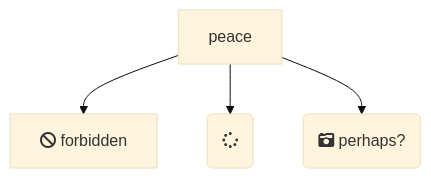
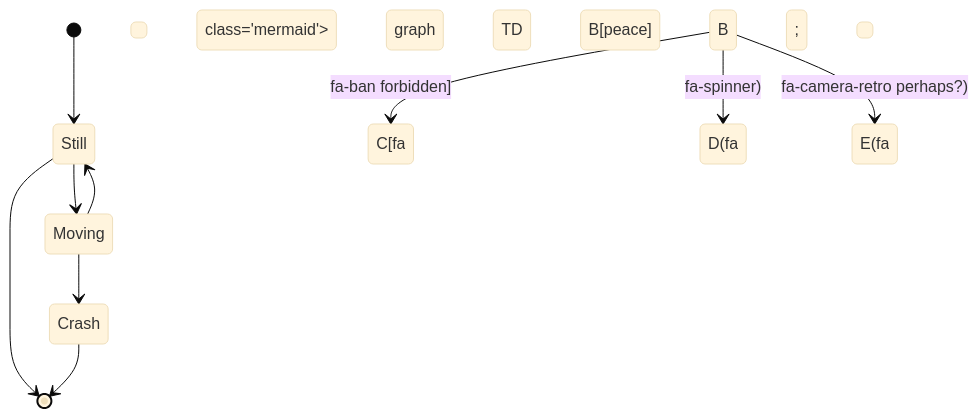
One commit to danyambuehl/ITCNE23-SEM-Ill changed the fourth of 4 diagrams in docs/02_Plannung/marmeidtry2.md. Above: the diagram before and after it, drawn with Mermaid (base theme). The commit also changed 1 other file, not shown here.

````diff
--- a/docs/02_Plannung/marmeidtry2.md
+++ b/docs/02_Plannung/marmeidtry2.md
@@ -82,7 +75,17 @@
+```mermaid
+stateDiagram-v2
+[*] --> Still
+Still --> [*]
+Still --> Moving
+Moving --> Still
+Moving --> Crash
+Crash --> [*]
+
 <div class="mermaid">
     graph TD
       B[peace]
       B-->C[fa:fa-ban forbidden]
       B-->D(fa:fa-spinner);
       B-->E(fa:fa-camera-retro perhaps?);
 </div>
+```
````
